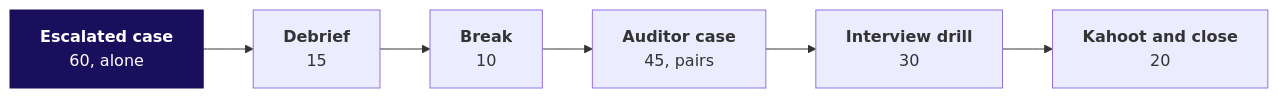
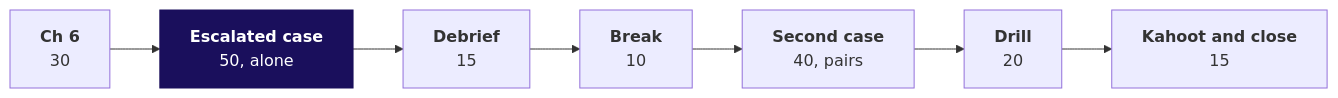
The second of 2 diagrams in content/W01/D3/trainer/C2_W01_D03_day_sheet_TRAINER.md (fde-academy-lab/c2-content-factory), drawn with Mermaid before and after one commit. The commit also changed other lines of this file and 11 other files, not shown here.

````diff
--- a/content/W01/D3/trainer/C2_W01_D03_day_sheet_TRAINER.md
+++ b/content/W01/D3/trainer/C2_W01_D03_day_sheet_TRAINER.md
@@ -38,6 +50,6 @@
 ```mermaid
 flowchart LR
-    E["<b>Escalated case</b><br/>60, alone"] --> D["<b>Debrief</b><br/>15"] --> B["<b>Break</b><br/>10"] --> S["<b>Auditor case</b><br/>45, pairs"] --> I["<b>Interview drill</b><br/>30"] --> K["<b>Kahoot and close</b><br/>20"]
+    C6["<b>Ch 6</b><br/>30"] --> E["<b>Escalated case</b><br/>50, alone"] --> D["<b>Debrief</b><br/>15"] --> B["<b>Break</b><br/>10"] --> S["<b>Second case</b><br/>40, pairs"] --> I["<b>Drill</b><br/>20"] --> K["<b>Kahoot and close</b><br/>15"]
     classDef core fill:#1A0F5C,stroke:#1A0F5C,color:#FFFFFF
     class E core
 ```
````
